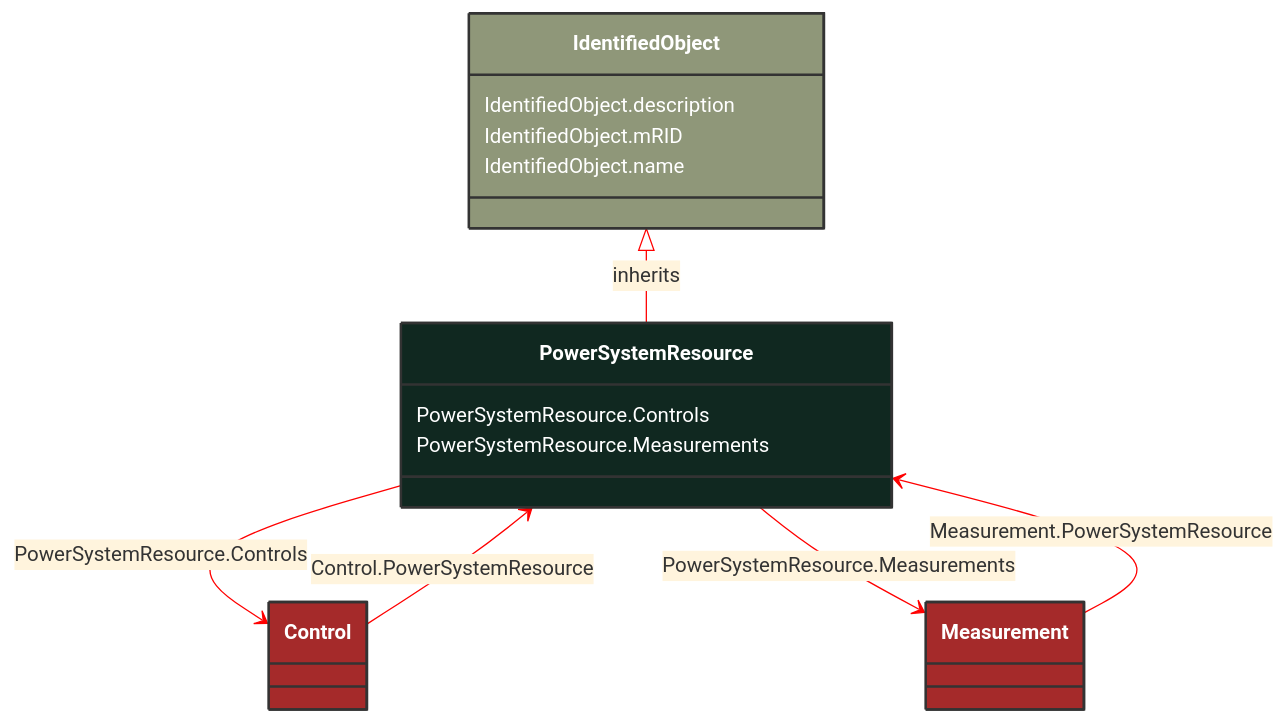
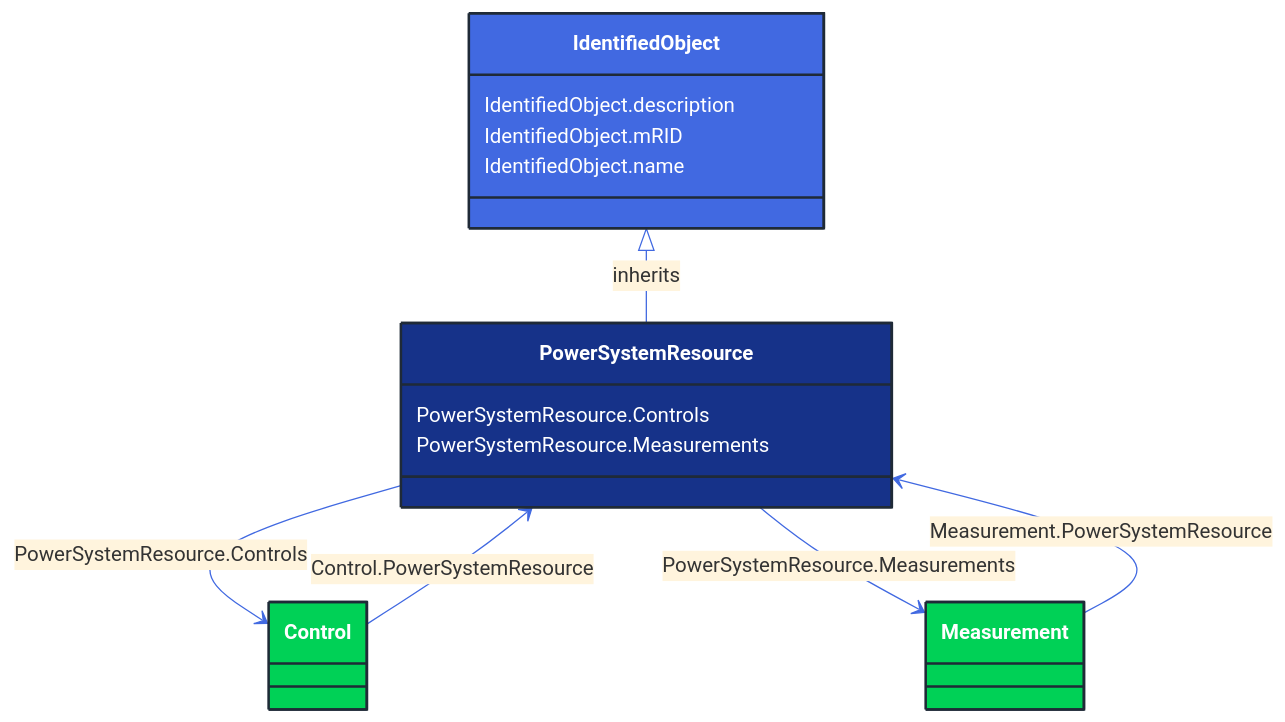
Before and after one commit to 3lbits/NoCIMExtensions: the diagram in docs/Models/Profiles/Operation/AbstractClasses/PowerSystemResource.md, drawn with Mermaid. The commit also changed 362 other files, not shown here.

First line of the commit message:
Update diagrams and styles for improved visual consistency

````diff
--- a/docs/Models/Profiles/Operation/AbstractClasses/PowerSystemResource.md
+++ b/docs/Models/Profiles/Operation/AbstractClasses/PowerSystemResource.md
@@ -10,41 +10,41 @@
 ```mermaid
-%%{init: {'theme':'base','themeVariables': {'lineColor': '#FF0000'}}}%%
+%%{init: {'theme':'base','themeVariables': {'lineColor': '#4169E1'}}}%%
 classDiagram
     class PowerSystemResource
     click PowerSystemResource href "/Models/Profiles/Operation/AbstractClasses/PowerSystemResource/"
-    style PowerSystemResource fill:#102820,stroke:#333,stroke-width:2px,rx:10,ry:10,color:white
+    style PowerSystemResource fill:#163289,stroke:#1F2A37,stroke-width:2px,rx:10,ry:10,color:white
      
         IdentifiedObject <|-- PowerSystemResource : inherits
             click IdentifiedObject href "/Models/Profiles/Operation/AbstractClasses/IdentifiedObject/"
-            style IdentifiedObject fill:#8F9779,stroke:#333,stroke-width:2px,rx:10,ry:10,color:white
+            style IdentifiedObject fill:#4169E1,stroke:#1F2A37,stroke-width:2px,rx:10,ry:10,color:white
 
         PowerSystemResource --> Control : PowerSystemResource.Controls
 
         Control
             click Control href "/Models/Profiles/Operation/AbstractClasses/Control/"
-            style Control fill:#A52A2A,stroke:#333,stroke-width:2px,rx:10,ry:10,color:white
+            style Control fill:#00D156,stroke:#1F2A37,stroke-width:2px,rx:10,ry:10,color:white
         PowerSystemResource --> Measurement : PowerSystemResource.Measurements
 
         Measurement
             click Measurement href "/Models/Profiles/Operation/AbstractClasses/Measurement/"
-            style Measurement fill:#A52A2A,stroke:#333,stroke-width:2px,rx:10,ry:10,color:white
+            style Measurement fill:#00D156,stroke:#1F2A37,stroke-width:2px,rx:10,ry:10,color:white
 
         Control --> PowerSystemResource : Control.PowerSystemResource
 
         Control
             click Control href "/Models/Profiles/Operation/AbstractClasses/Control/"
-            style Control fill:#A52A2A,stroke:#333,stroke-width:2px,rx:10,ry:10,color:white
+            style Control fill:#00D156,stroke:#1F2A37,stroke-width:2px,rx:10,ry:10,color:white
 
         Measurement --> PowerSystemResource : Measurement.PowerSystemResource
 
         Measurement
             click Measurement href "/Models/Profiles/Operation/AbstractClasses/Measurement/"
-            style Measurement fill:#A52A2A,stroke:#333,stroke-width:2px,rx:10,ry:10,color:white
+            style Measurement fill:#00D156,stroke:#1F2A37,stroke-width:2px,rx:10,ry:10,color:white
 
 
         PowerSystemResource : PowerSystemResource.Controls
         PowerSystemResource : PowerSystemResource.Measurements
         IdentifiedObject : IdentifiedObject.description
         IdentifiedObject : IdentifiedObject.mRID
         IdentifiedObject : IdentifiedObject.name
 ```
````
